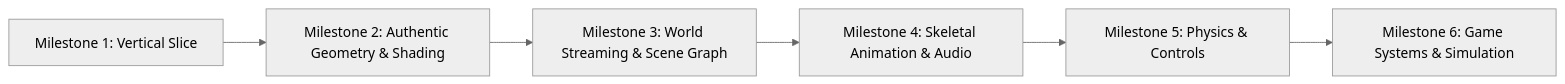
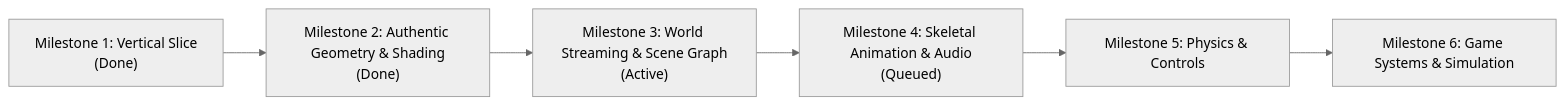
The diagram in docs/roadmap.md (the-rohit-kumar/sleeping-dogs-web), drawn with Mermaid (neutral theme) before and after one commit. The commit also changed other lines of this file and 5 other files, not shown here.

Commit message:
feat(milestone-3): implement Hong Kong world sector streaming from Game.big, wire archive selector, and update roadmap

````diff
--- a/docs/roadmap.md
+++ b/docs/roadmap.md
@@ -8,8 +10,8 @@
 ```mermaid
 flowchart LR
-    M1["Milestone 1: Vertical Slice"] --> M2["Milestone 2: Authentic Geometry & Shading"]
-    M2 --> M3["Milestone 3: World Streaming & Scene Graph"]
-    M3 --> M4["Milestone 4: Skeletal Animation & Audio"]
+    M1["Milestone 1: Vertical Slice<br/>(Done)"] --> M2["Milestone 2: Authentic Geometry & Shading<br/>(Done)"]
+    M2 --> M3["Milestone 3: World Streaming & Scene Graph<br/>(Active)"]
+    M3 --> M4["Milestone 4: Skeletal Animation & Audio<br/>(Queued)"]
     M4 --> M5["Milestone 5: Physics & Controls"]
     M5 --> M6["Milestone 6: Game Systems & Simulation"]
 ```
````
